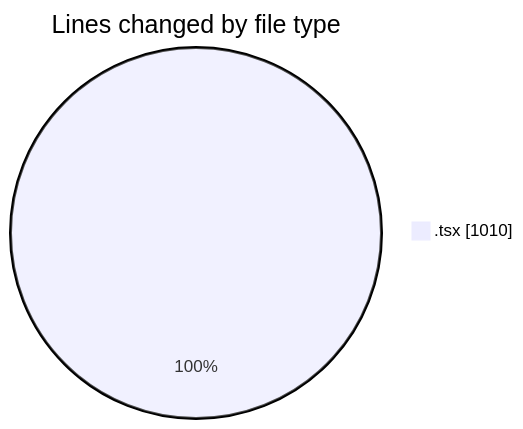
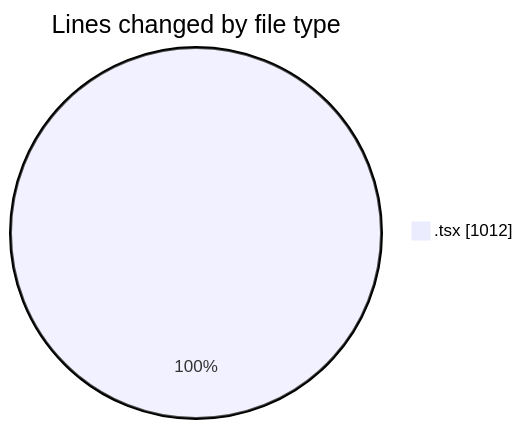
The first of 2 diagrams in 2026-05-11/cda/README.md (momahboobian/code-tracking), drawn with Mermaid before and after one commit. The commit also changed other lines of this file and 1 other file, not shown here.

````diff
--- a/2026-05-11/cda/README.md
+++ b/2026-05-11/cda/README.md
@@ -25,5 +25,5 @@
 ```mermaid
 pie showData
 title Lines changed by file type
-".tsx" : 1010
+".tsx" : 1012
 ```
````
